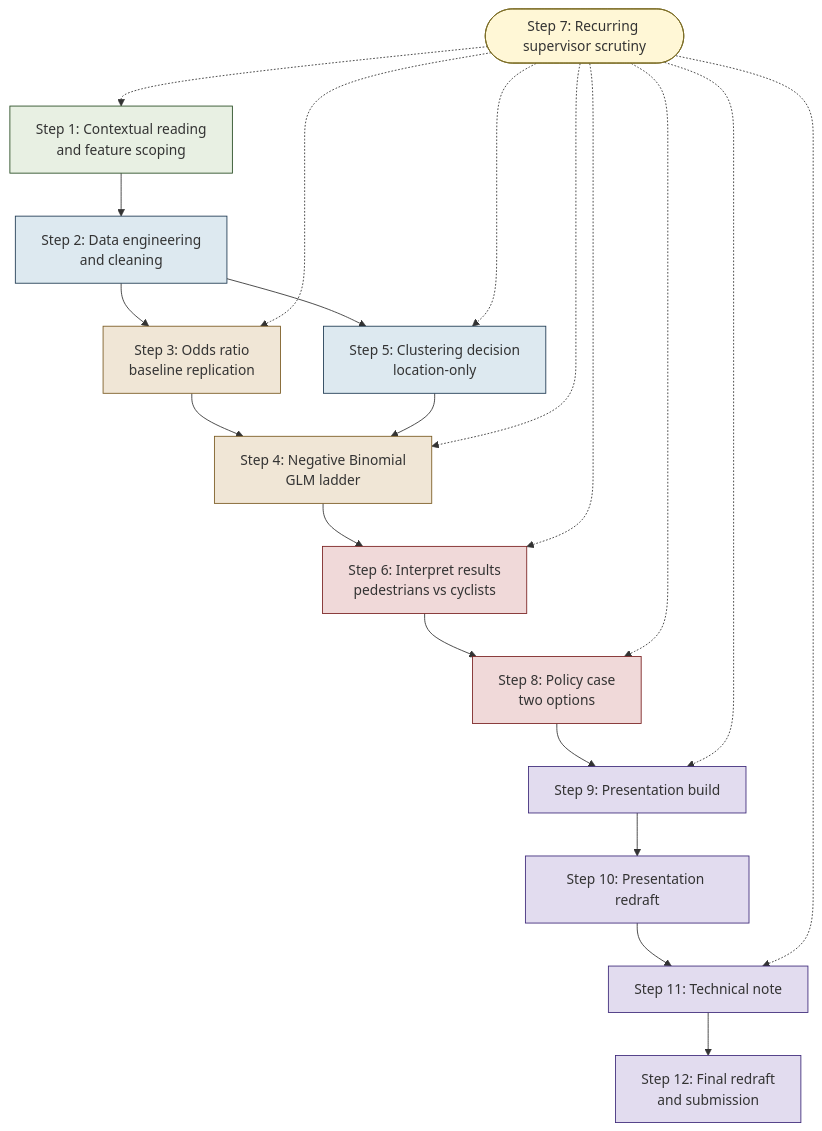
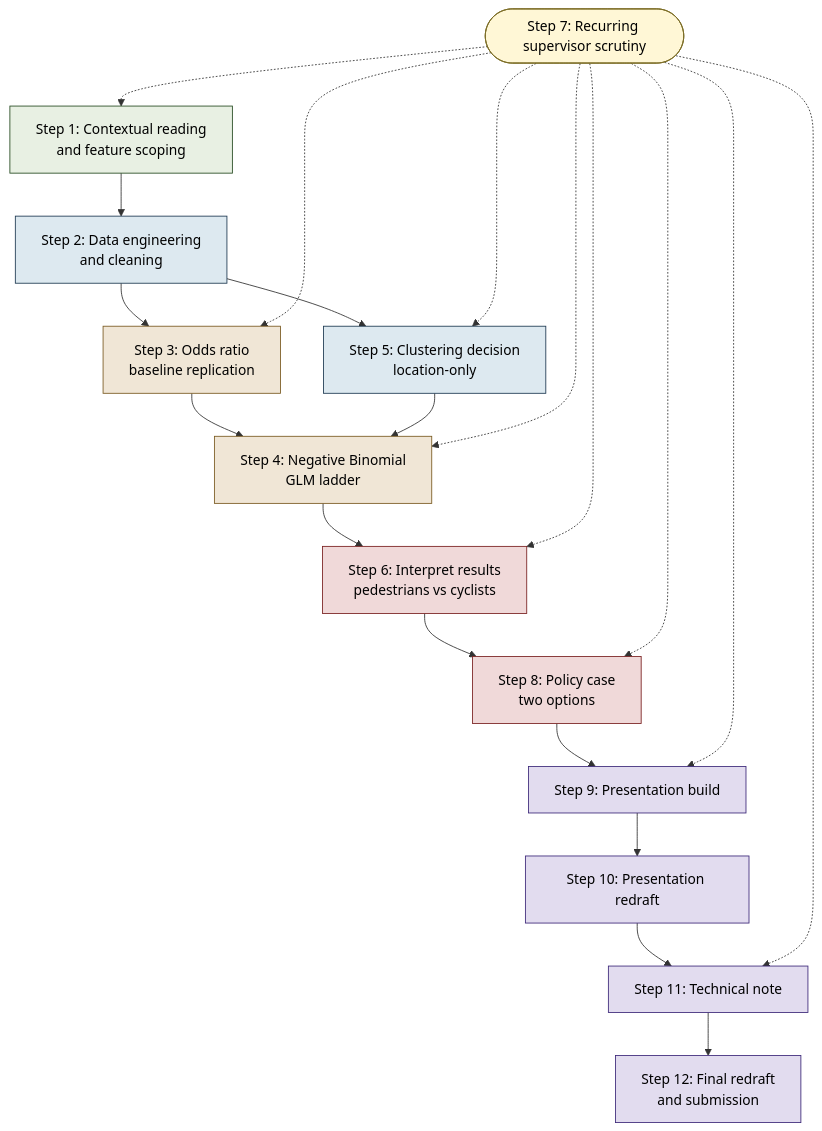
One commit to Will-435/Group-3-MDM changed the diagram in project_plan.md. Above: the diagram before and after it, drawn with Mermaid.

Commit message:
Changing flowchart text color

````diff
--- a/project_plan.md
+++ b/project_plan.md
@@ -123,36 +123,36 @@
 ```mermaid
 flowchart TD
     A[Step 1: Contextual reading<br/>and feature scoping] --> B[Step 2: Data engineering<br/>and cleaning]
     B --> C[Step 3: Odds ratio<br/>baseline replication]
     C --> D[Step 4: Negative Binomial<br/>GLM ladder]
     B --> E[Step 5: Clustering decision<br/>location-only]
     E --> D
     D --> F[Step 6: Interpret results<br/>pedestrians vs cyclists]
     F --> G[Step 8: Policy case<br/>two options]
     G --> H[Step 9: Presentation build]
     H --> I[Step 10: Presentation redraft]
     I --> J[Step 11: Technical note]
     J --> K[Step 12: Final redraft<br/>and submission]
 
     L([Step 7: Recurring supervisor scrutiny]) -.-> A
     L -.-> C
     L -.-> D
     L -.-> E
     L -.-> F
     L -.-> G
     L -.-> H
     L -.-> J
 
-    style A fill:#e8f0e3,stroke:#274b22
-    style B fill:#dde9f0,stroke:#1f3a52
-    style C fill:#f0e6d6,stroke:#7a5b22
-    style D fill:#f0e6d6,stroke:#7a5b22
-    style E fill:#dde9f0,stroke:#1f3a52
-    style F fill:#f0d9d9,stroke:#7a2222
-    style G fill:#f0d9d9,stroke:#7a2222
-    style H fill:#e2dcef,stroke:#3e2a7a
-    style I fill:#e2dcef,stroke:#3e2a7a
-    style J fill:#e2dcef,stroke:#3e2a7a
-    style K fill:#e2dcef,stroke:#3e2a7a
-    style L fill:#fff7d6,stroke:#7a6a22
+    style A fill:#e8f0e3,stroke:#274b22,color:#000
+    style B fill:#dde9f0,stroke:#1f3a52,color:#000
+    style C fill:#f0e6d6,stroke:#7a5b22,color:#000
+    style D fill:#f0e6d6,stroke:#7a5b22,color:#000
+    style E fill:#dde9f0,stroke:#1f3a52,color:#000
+    style F fill:#f0d9d9,stroke:#7a2222,color:#000
+    style G fill:#f0d9d9,stroke:#7a2222,color:#000
+    style H fill:#e2dcef,stroke:#3e2a7a,color:#000
+    style I fill:#e2dcef,stroke:#3e2a7a,color:#000
+    style J fill:#e2dcef,stroke:#3e2a7a,color:#000
+    style K fill:#e2dcef,stroke:#3e2a7a,color:#000
+    style L fill:#fff7d6,stroke:#7a6a22,color:#000
 ```
````
